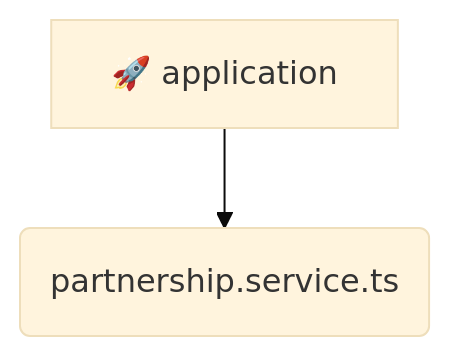
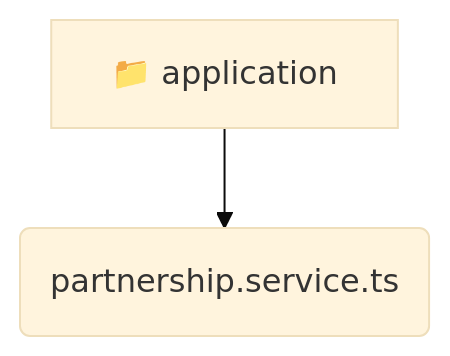
One commit to beginwebdev2002/fullstack-mavluda changed the diagram in backend/src/modules/partnership/application/README.md. Above: the diagram before and after it, drawn with Mermaid (base theme). The commit also changed other lines of this file and 155 other files, not shown here.

````diff
--- a/backend/src/modules/partnership/application/README.md
+++ b/backend/src/modules/partnership/application/README.md
@@ -9,5 +9,5 @@
 ```mermaid
 graph TD
-  application[🚀 application]
-  application --> partnership_service_ts(partnership.service.ts)
+  application[📁 application]
+  application --> application_partnership_service_ts(partnership.service.ts)
 ```
````
